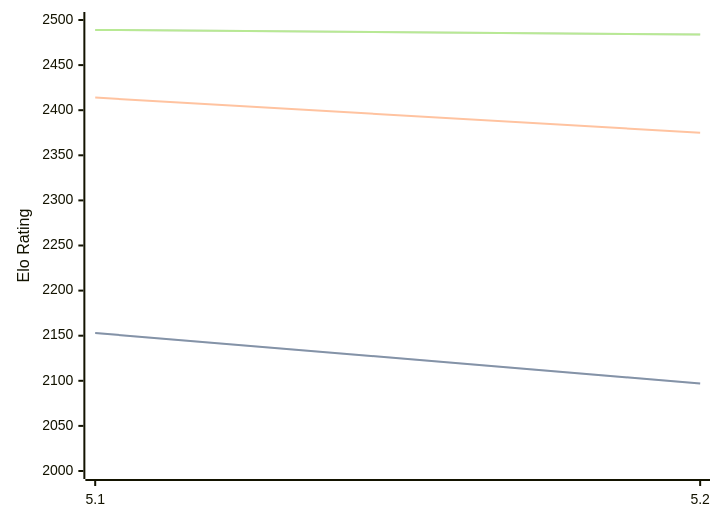
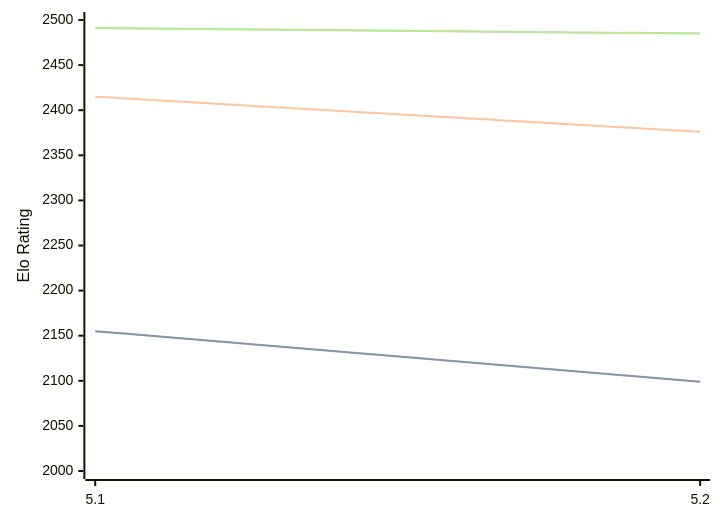
Before and after one commit to computer-chess-index/cci: the diagram in engines/Prophet.md, drawn with Mermaid. The commit also changed other lines of this file, not shown here.

Commit message:
Update CCI Ratings (ELO VLTC) - 2026-08-09

````diff
--- a/engines/Prophet.md
+++ b/engines/Prophet.md
@@ -32,11 +32,11 @@
 ```mermaid
 %%{init: {"theme":"base","themeVariables":{"seriesColors:['#a3a3a3','#222221','#faa371']}}}%%
 xychart-beta
   x-axis ["5.1", "5.2"]
   y-axis "Elo Rating" 2000 --> 2500
-  line "STC (8.0+0.08s)" [2153, 2097]
-  line "STC (8.0+0.08s)" [2153, 2097]
-  line "LTC (60.0+0.60s)" [2414, 2375]
-  line "VLTC (2m24s+1.12s)" [2489, 2484]
-  line "VLTC (2m24s+1.12s)" [2489, 2484]
+  line "STC (8.0+0.08s)" [2155, 2099]
+  line "STC (8.0+0.08s)" [2155, 2099]
+  line "LTC (60.0+0.60s)" [2415, 2376]
+  line "VLTC (2m24s+1.12s)" [2491, 2485]
+  line "VLTC (2m24s+1.12s)" [2491, 2485]
 ```
````
